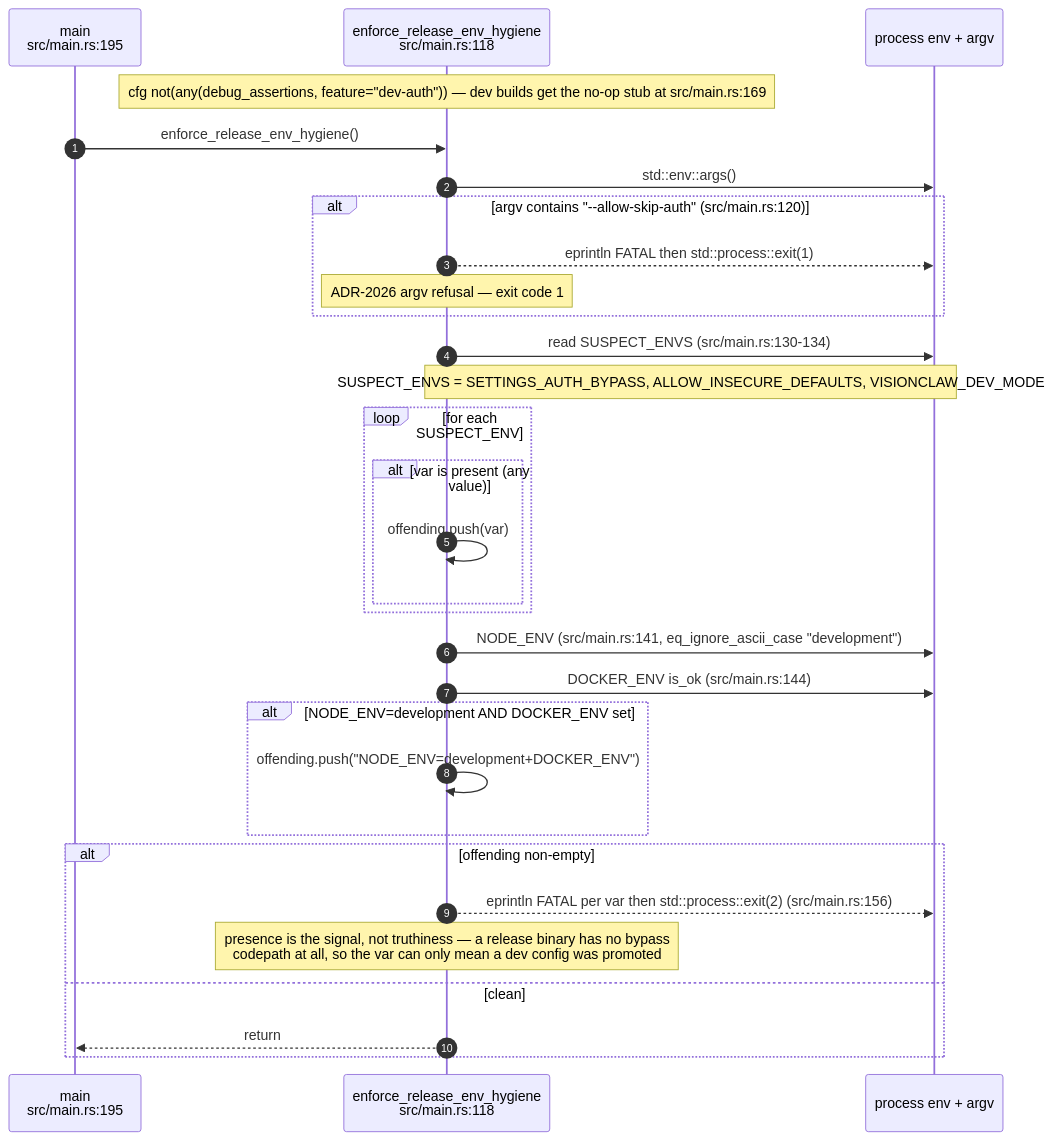
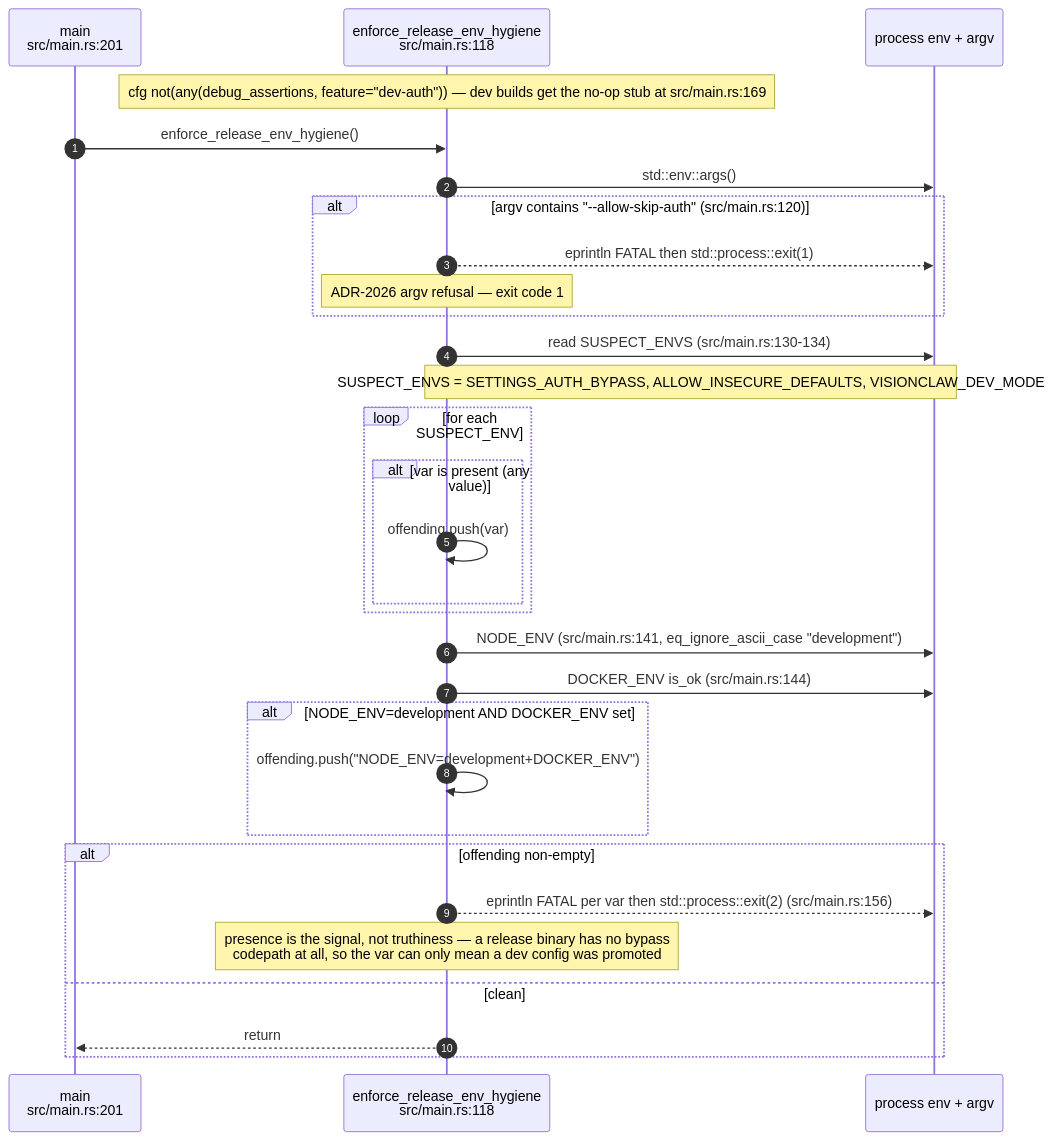
The third of 15 diagrams in docs/diagrams/visionclaw/09-config-and-env-flags.md (DreamLab-AI/VisionFlow), drawn with Mermaid before and after one commit. The commit also changed other lines of this file and 32 other files, not shown here.

````diff
--- a/docs/diagrams/visionclaw/09-config-and-env-flags.md
+++ b/docs/diagrams/visionclaw/09-config-and-env-flags.md
@@ -149,33 +151,33 @@
 ```mermaid
 sequenceDiagram
     autonumber
-    participant M as main<br/>src/main.rs:195
+    participant M as main<br/>src/main.rs:201
     participant H as enforce_release_env_hygiene<br/>src/main.rs:118
     participant OS as process env + argv
 
     Note over H: cfg not(any(debug_assertions, feature="dev-auth")) — dev builds get the no-op stub at src/main.rs:169
     M->>H: enforce_release_env_hygiene()
     H->>OS: std::env::args()
     alt argv contains "--allow-skip-auth" (src/main.rs:120)
         H-->>OS: eprintln FATAL then std::process::exit(1)
         Note over H: ADR-2026 argv refusal — exit code 1
     end
     H->>OS: read SUSPECT_ENVS (src/main.rs:130-134)
     Note over H,OS: SUSPECT_ENVS = SETTINGS_AUTH_BYPASS, ALLOW_INSECURE_DEFAULTS, VISIONCLAW_DEV_MODE
     loop for each SUSPECT_ENV
         alt var is present (any value)
             H->>H: offending.push(var)
         end
     end
     H->>OS: NODE_ENV (src/main.rs:141, eq_ignore_ascii_case "development")
     H->>OS: DOCKER_ENV is_ok (src/main.rs:144)
     alt NODE_ENV=development AND DOCKER_ENV set
         H->>H: offending.push("NODE_ENV=development+DOCKER_ENV")
     end
     alt offending non-empty
         H-->>OS: eprintln FATAL per var then std::process::exit(2) (src/main.rs:156)
         Note over H: presence is the signal, not truthiness — a release binary has no bypass<br/>codepath at all, so the var can only mean a dev config was promoted
     else clean
         H-->>M: return
     end
 ```
````
